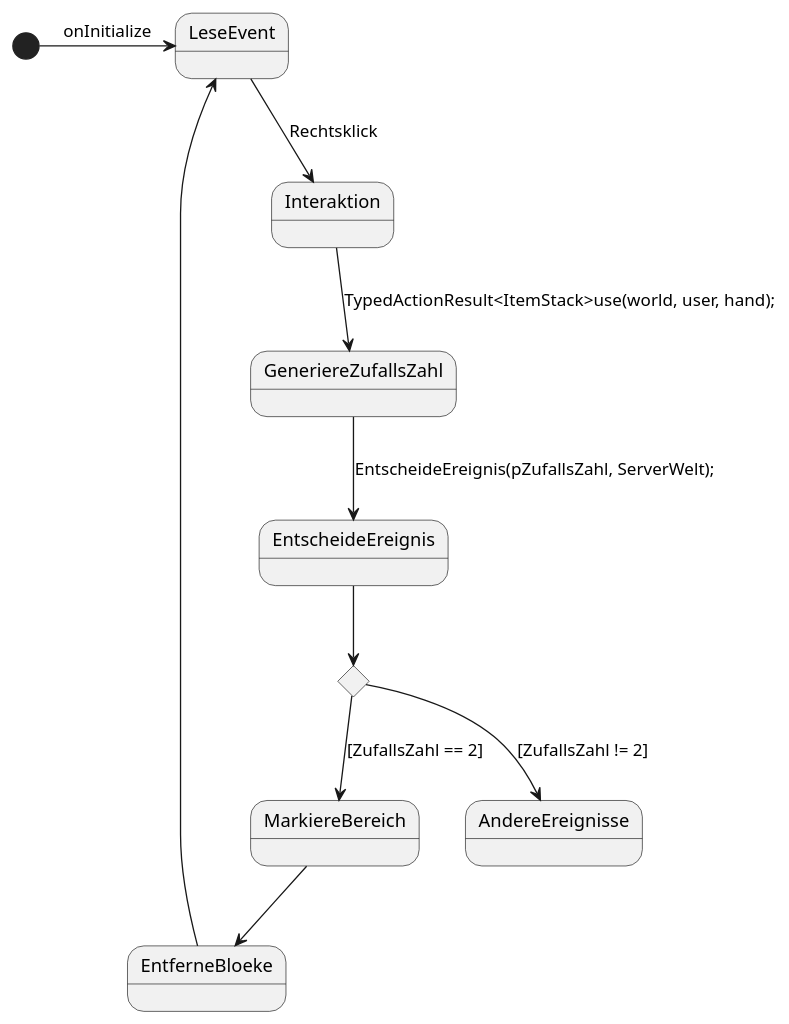
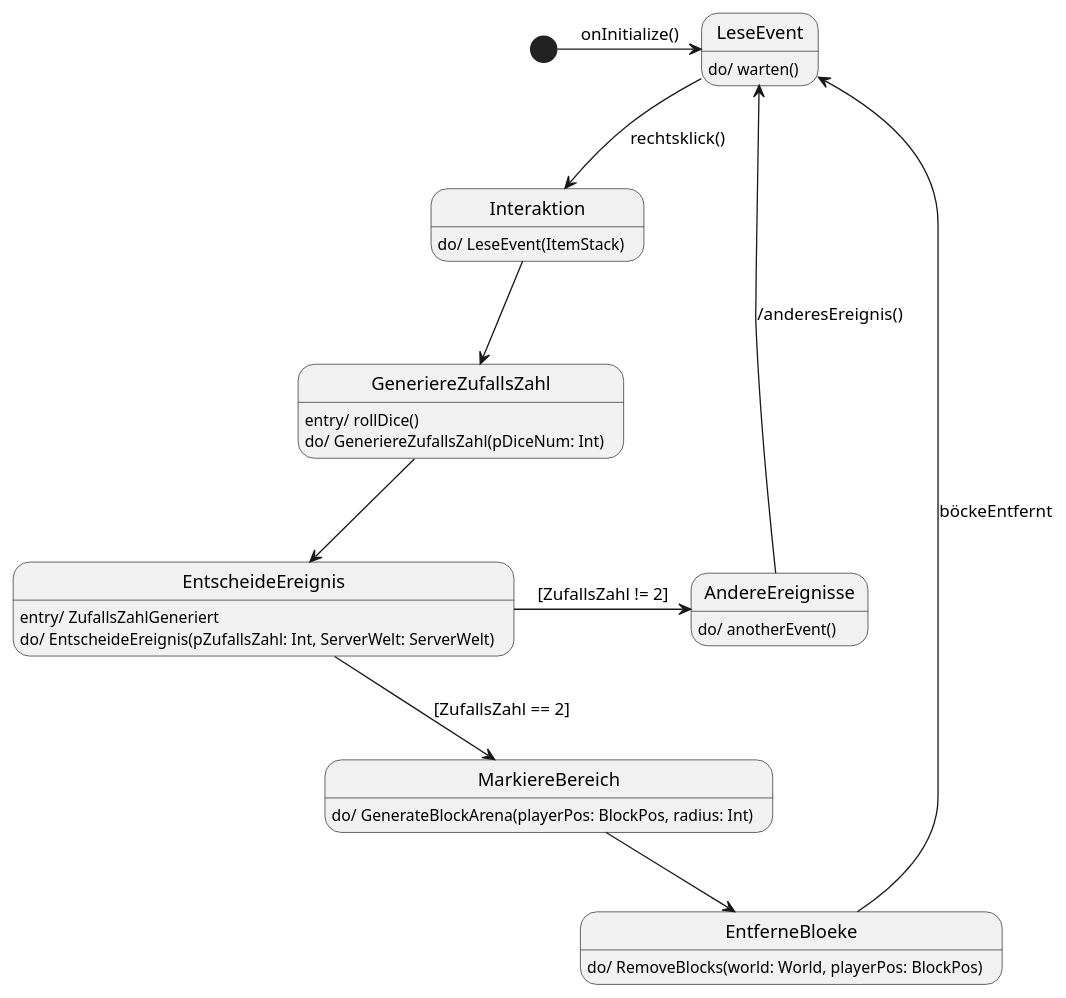
One commit to Justin383/DnM changed the diagram in src/main/resources/Zustandsdiagramm.puml. Above: the diagram before and after it, drawn with PlantUML. The commit also changed 36 other files, not shown here.

Commit message:
Zustandsdiagramm FERTIG!!, Sequenzdiagramm FERTIG!!, mit Mixin gespielt um 3d-Modelle erzeugen können

```diff
--- a/src/main/resources/Zustandsdiagramm.puml
+++ b/src/main/resources/Zustandsdiagramm.puml
@@ -1,22 +1,32 @@
 @startuml
 
 state start <<start>>
 state LeseEvent
 state Interaktion
 state GeneriereZufallsZahl
 state EntscheideEreignis
 state MarkiereBereich
 state EntferneBloeke
 state AndereEreignisse
-state choice <<choice>>
 
-start -right-> LeseEvent :onInitialize
-LeseEvent --> Interaktion :Rechtsklick
-Interaktion --> GeneriereZufallsZahl :TypedActionResult<ItemStack>use(world, user, hand);
-GeneriereZufallsZahl --> EntscheideEreignis :EntscheideEreignis(pZufallsZahl, ServerWelt);
-EntscheideEreignis --> choice
-choice --> MarkiereBereich : [ZufallsZahl == 2]
-choice --> AndereEreignisse :[ZufallsZahl != 2]
+start -right-> LeseEvent: onInitialize()
+LeseEvent --> Interaktion: rechtsklick()
+Interaktion --> GeneriereZufallsZahl
+GeneriereZufallsZahl --> EntscheideEreignis
+EntscheideEreignis --> MarkiereBereich: [ZufallsZahl == 2]
+EntscheideEreignis -right-> AndereEreignisse:[ZufallsZahl != 2]
+AndereEreignisse -left-> LeseEvent: /anderesEreignis()
 MarkiereBereich --> EntferneBloeke
-EntferneBloeke -left-> LeseEvent
+EntferneBloeke --> LeseEvent: böckeEntfernt
+
+LeseEvent: do/ warten()
+Interaktion: do/ LeseEvent(ItemStack)
+GeneriereZufallsZahl: entry/ rollDice()
+GeneriereZufallsZahl: do/ GeneriereZufallsZahl(pDiceNum: Int)
+EntscheideEreignis: entry/ ZufallsZahlGeneriert
+EntscheideEreignis: do/ EntscheideEreignis(pZufallsZahl: Int, ServerWelt: ServerWelt)
+AndereEreignisse: do/ anotherEvent()
+MarkiereBereich: do/ GenerateBlockArena(playerPos: BlockPos, radius: Int)
+EntferneBloeke: do/ RemoveBlocks(world: World, playerPos: BlockPos)
+
 @enduml
```
